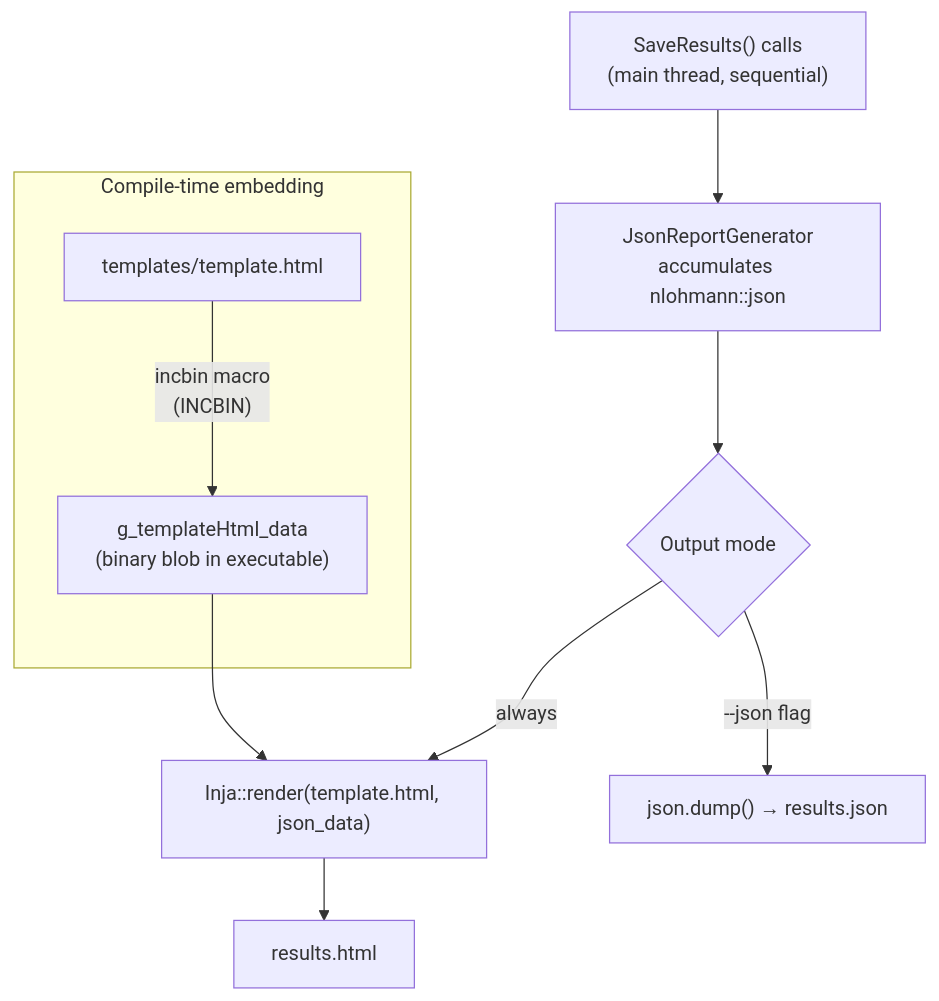
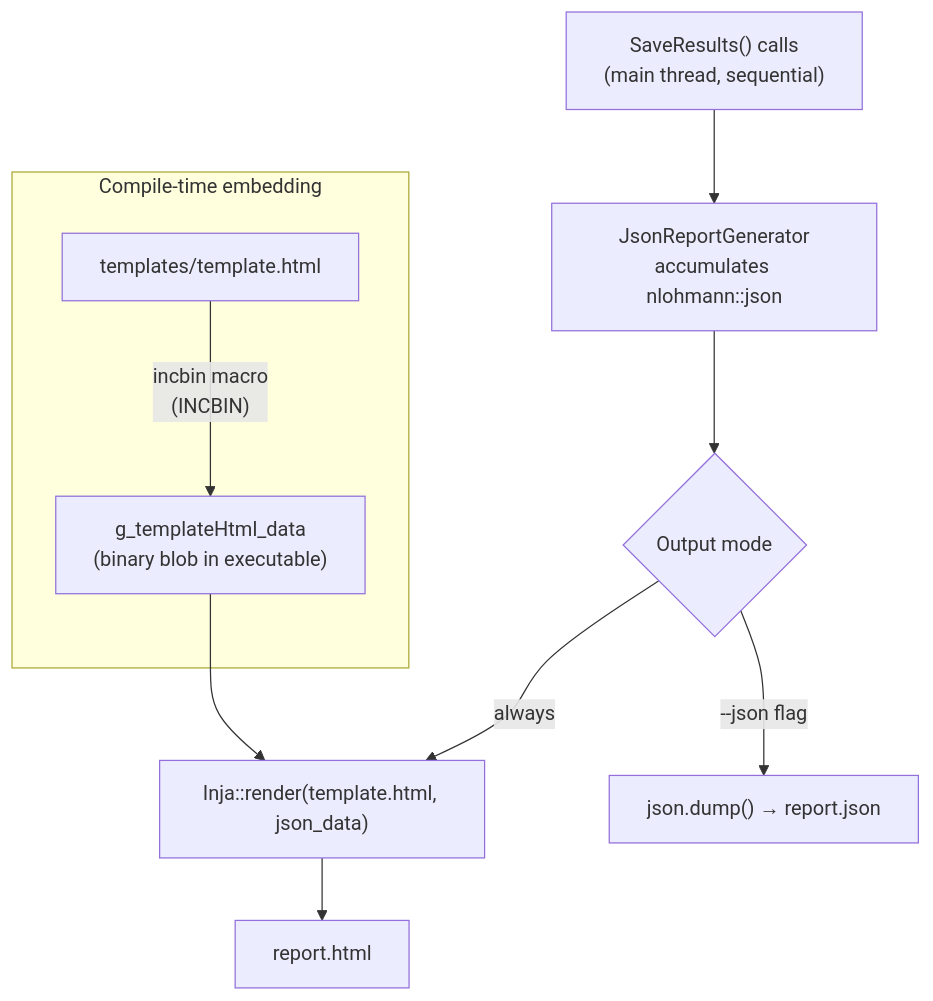
Before and after one commit to rdkcentral/MemCapture: the seventh of 9 diagrams in docs/architecture/overview.md, drawn with Mermaid. The commit also changed other lines of this file and 11 other files, not shown here.

First line of the commit message:
Apply PR review feedback: fix output filenames, JSON schema, std::map docs, and prerequisites

````diff
--- a/docs/architecture/overview.md
+++ b/docs/architecture/overview.md
@@ -580,13 +580,13 @@
 ```mermaid
 flowchart TD
     A["SaveResults() calls\n(main thread, sequential)"] --> B["JsonReportGenerator\naccumulates nlohmann::json"]
     B --> C{"Output mode"}
     C -->|always| D["Inja::render(template.html, json_data)"]
-    C -->|--json flag| E["json.dump() → results.json"]
-    D --> F["results.html"]
+    C -->|--json flag| E["json.dump() → report.json"]
+    D --> F["report.html"]
 
     subgraph embed["Compile-time embedding"]
         G["templates/template.html"] -->|"incbin macro\n(INCBIN)"| H["g_templateHtml_data\n(binary blob in executable)"]
     end
     H --> D
 ```
````
